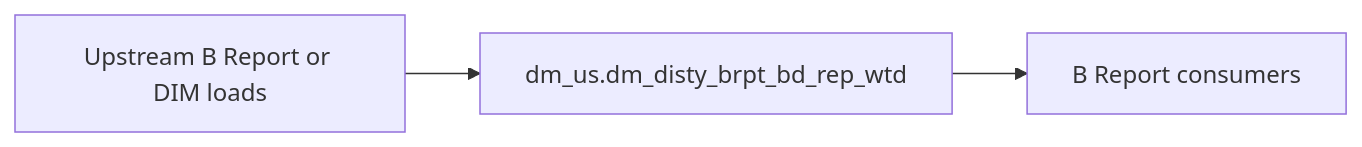
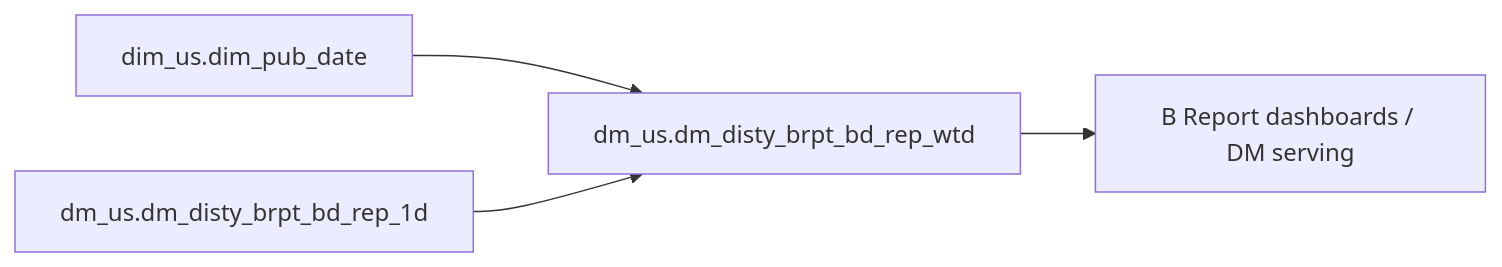
Before and after one commit to chengduhaha/data_agent: the diagram in backend/defaults/b_report/workspace/target/knowledgebase/b-report-us/dm_disty_brpt_bd_rep_wtd.md, drawn with Mermaid. The commit also changed other lines of this file and 1108 other files, not shown here.

````diff
--- a/backend/defaults/b_report/workspace/target/knowledgebase/b-report-us/dm_disty_brpt_bd_rep_wtd.md
+++ b/backend/defaults/b_report/workspace/target/knowledgebase/b-report-us/dm_disty_brpt_bd_rep_wtd.md
@@ -153,8 +267,10 @@
 ```mermaid
 flowchart LR
-  upstream[Upstream B Report or DIM loads]
-  tgt["dm_us.dm_disty_brpt_bd_rep_wtd"]
-  brpt[B Report consumers]
-  upstream --> tgt
-  tgt --> brpt
+  dm_us_dm_disty_brpt_bd_rep_wtd["dm_us.dm_disty_brpt_bd_rep_wtd"]
+  src0["dim_us.dim_pub_date"]
+  src0 --> dm_us_dm_disty_brpt_bd_rep_wtd
+  src1["dm_us.dm_disty_brpt_bd_rep_1d"]
+  src1 --> dm_us_dm_disty_brpt_bd_rep_wtd
+  consumers["B Report dashboards / DM serving"]
+  dm_us_dm_disty_brpt_bd_rep_wtd --> consumers
 ```
````
